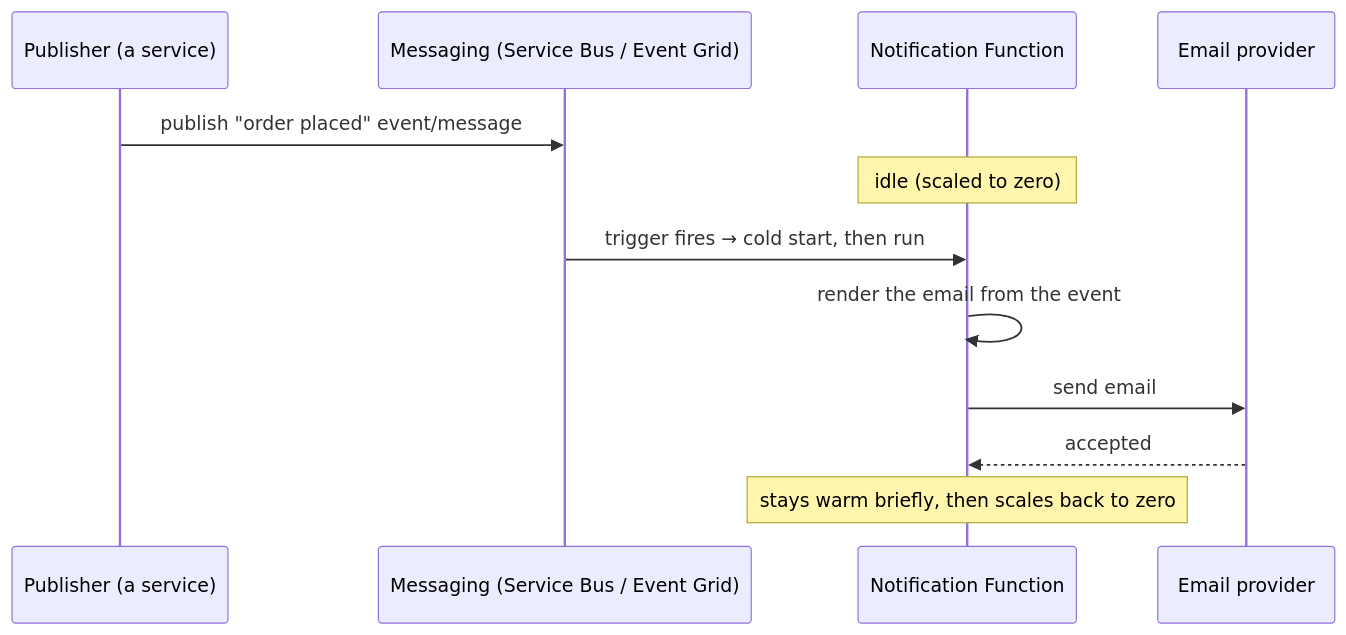
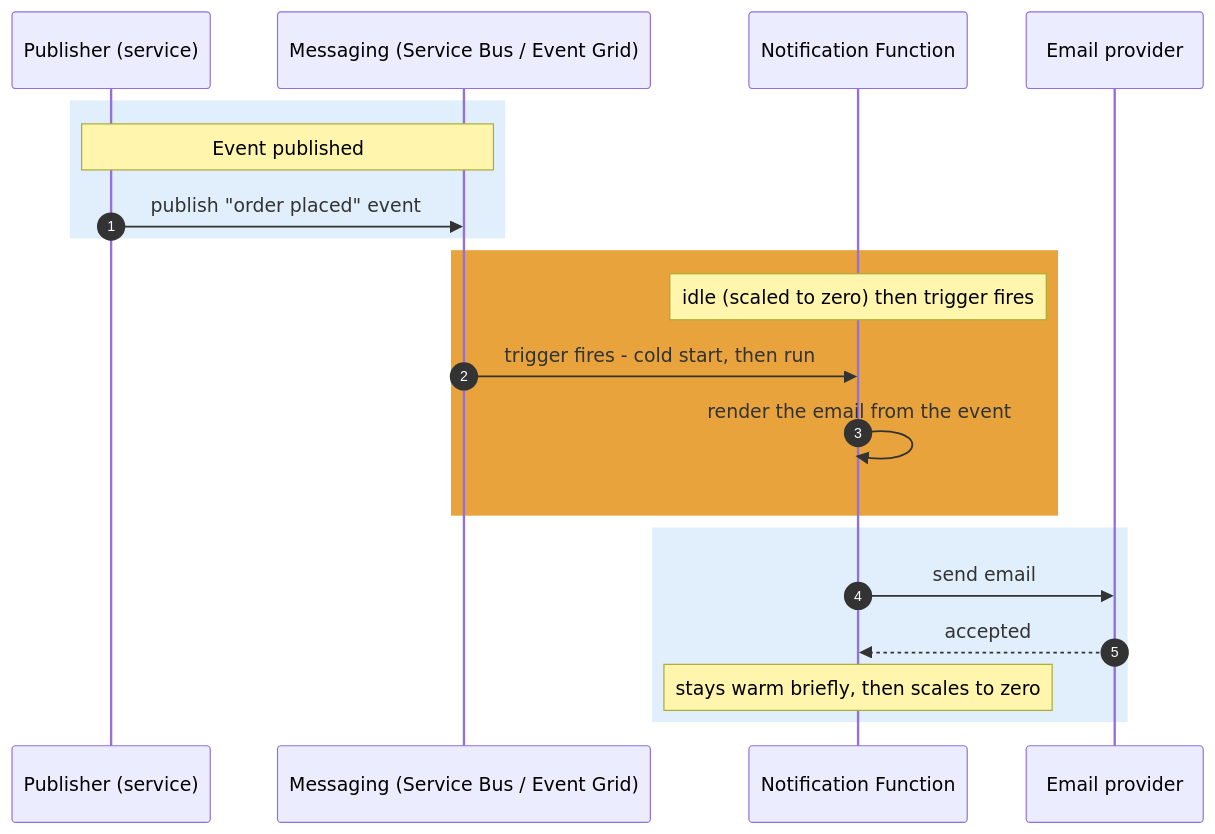
Before and after one commit to seesathish/AntKart-Src3: the third of 3 diagrams in docs/guides/serverless-eventing-concepts.md, drawn with Mermaid. The commit also changed other lines of this file and 4 other files, not shown here.

First line of the commit message:
docs: standardise all concept-guide Mermaid diagrams to one visual standard

````diff
--- a/docs/guides/serverless-eventing-concepts.md
+++ b/docs/guides/serverless-eventing-concepts.md
@@ -103,14 +126,25 @@
 ```mermaid
 sequenceDiagram
-    participant Pub as Publisher (a service)
+    autonumber
+    participant Pub as Publisher (service)
     participant Bus as Messaging (Service Bus / Event Grid)
     participant Fn as Notification Function
     participant Mail as Email provider
-    Pub->>Bus: publish "order placed" event/message
-    Note over Fn: idle (scaled to zero)
-    Bus->>Fn: trigger fires → cold start, then run
+
+    rect rgb(225, 239, 252)
+    Note over Pub,Bus: Event published
+    Pub->>Bus: publish "order placed" event
+    end
+
+    rect rgb(232, 163, 61)
+    Note over Fn: idle (scaled to zero) then trigger fires
+    Bus->>Fn: trigger fires - cold start, then run
     Fn->>Fn: render the email from the event
+    end
+
+    rect rgb(225, 239, 252)
     Fn->>Mail: send email
     Mail-->>Fn: accepted
-    Note over Fn: stays warm briefly, then scales back to zero
+    Note over Fn: stays warm briefly, then scales to zero
+    end
 ```
````
